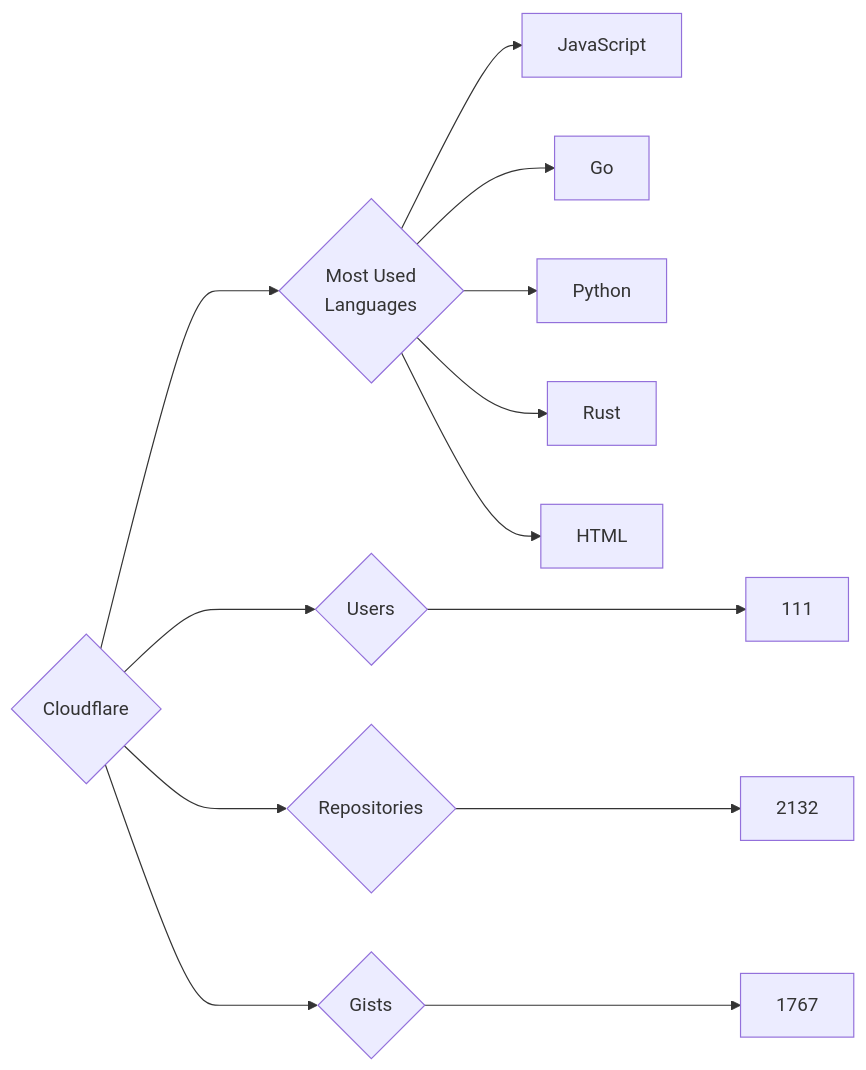
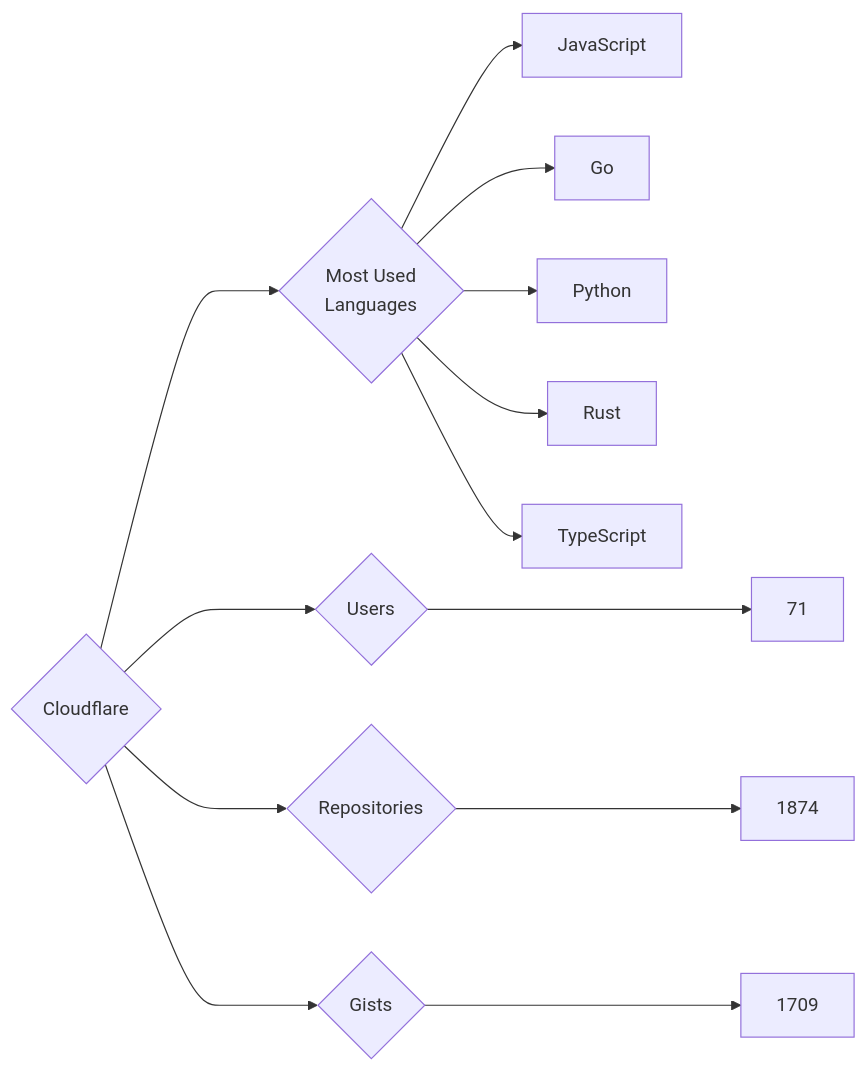
One commit to trickest/insiders changed the diagram in targets/Cloudflare/README.md. Above: the diagram before and after it, drawn with Mermaid. The commit also changed 682 other files, not shown here.

````diff
--- a/targets/Cloudflare/README.md
+++ b/targets/Cloudflare/README.md
@@ -3,13 +3,13 @@
 ```mermaid
 graph LR
 COMPANY_NAME{Cloudflare}
-COMPANY_NAME ---> U{Users} ---> UN[111]
-COMPANY_NAME ---> R{Repositories} ---> RN[2132]
-COMPANY_NAME ---> G{Gists} ---> GN[1767]
+COMPANY_NAME ---> U{Users} ---> UN[71]
+COMPANY_NAME ---> R{Repositories} ---> RN[1874]
+COMPANY_NAME ---> G{Gists} ---> GN[1709]
 COMPANY_NAME ---> ML{Most Used<br>Languages}
 ML --> JavaScript[JavaScript]
 ML --> Go[Go]
 ML --> Python[Python]
 ML --> Rust[Rust]
-ML --> HTML[HTML]
+ML --> TypeScript[TypeScript]
 ```
````
